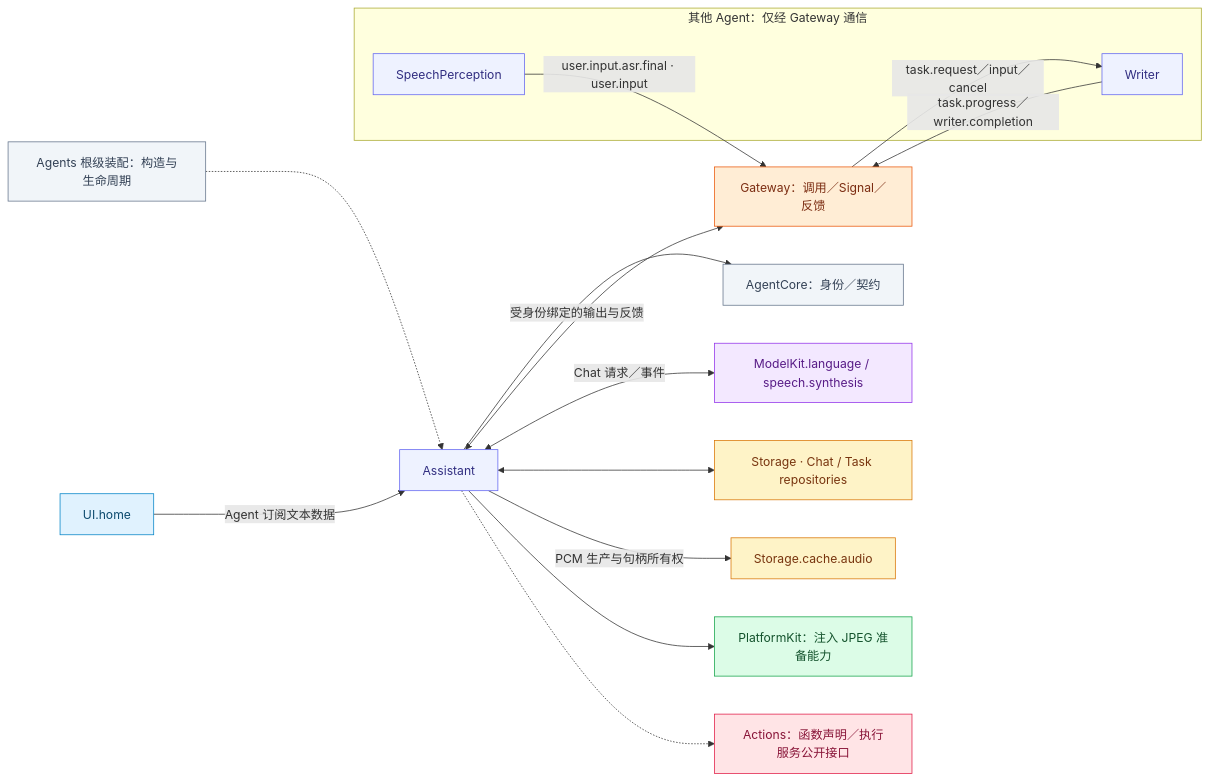
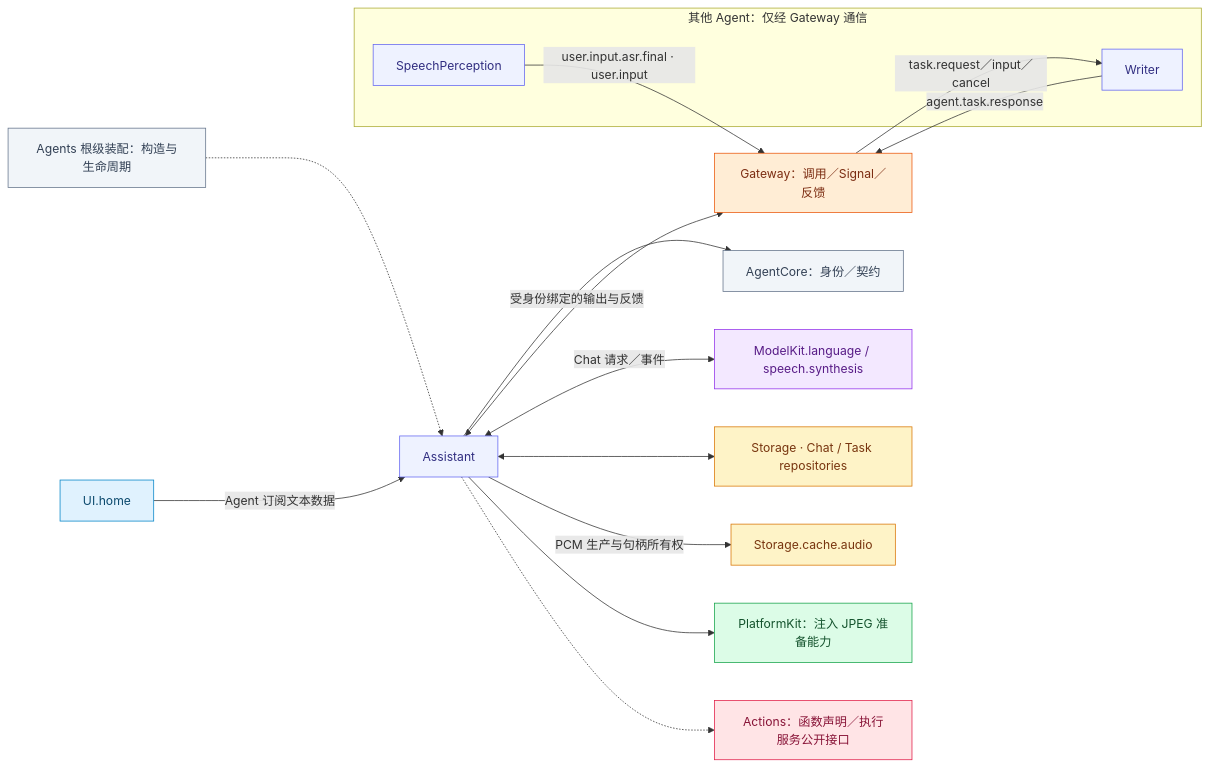
Before and after one commit to devilyouwei/MobileHarness: the first of 3 diagrams in MobileHarness/Agents/Assistant/README.md, drawn with Mermaid. The commit also changed other lines of this file and 172 other files, not shown here.

Commit message:
Refine runtime logging and agent task communication

````diff
--- a/MobileHarness/Agents/Assistant/README.md
+++ b/MobileHarness/Agents/Assistant/README.md
@@ -35,38 +35,38 @@
 ```mermaid
 flowchart LR
  A["Assistant"]:::agent
  G["Gateway：调用／Signal／反馈"]:::gateway
  C["AgentCore：身份／契约"]:::host
  H["Agents 根级装配：构造与生命周期"]:::host
  H -.-> A
  A --> C
  A <-->|"受身份绑定的输出与反馈"| G
  U["UI.home"]:::ui
  U -->|"Agent 订阅文本数据"| A
  M["ModelKit.language / speech.synthesis"]:::model
  A <-->|"Chat 请求／事件"| M
  S["Storage · Chat / Task repositories"]:::storage
  A <--> S
  AC["Storage.cache.audio"]:::storage
  A -->|"PCM 生产与句柄所有权"| AC
  P["PlatformKit：注入 JPEG 准备能力"]:::platform
  A --> P
  X["Actions：函数声明／执行服务公开接口"]:::action
  A -.-> X
  subgraph Peers["其他 Agent：仅经 Gateway 通信"]
  SP["SpeechPerception"]:::agent
  W["Writer"]:::agent
  end
  SP -->|"user.input.asr.final · user.input"| G
  G -->|"task.request／input／cancel"| W
- W -->|"task.progress／writer.completion"| G
+ W -->|"agent.task.response"| G
 
  classDef ui fill:#e0f2fe,stroke:#0284c7,color:#0c4a6e
  classDef platform fill:#dcfce7,stroke:#16a34a,color:#14532d
  classDef model fill:#f3e8ff,stroke:#9333ea,color:#581c87
  classDef storage fill:#fef3c7,stroke:#d97706,color:#78350f
  classDef agent fill:#eef2ff,stroke:#6366f1,color:#312e81
  classDef gateway fill:#ffedd5,stroke:#ea580c,color:#7c2d12
  classDef action fill:#ffe4e6,stroke:#e11d48,color:#881337
  classDef host fill:#f1f5f9,stroke:#64748b,color:#334155
 ```
````
